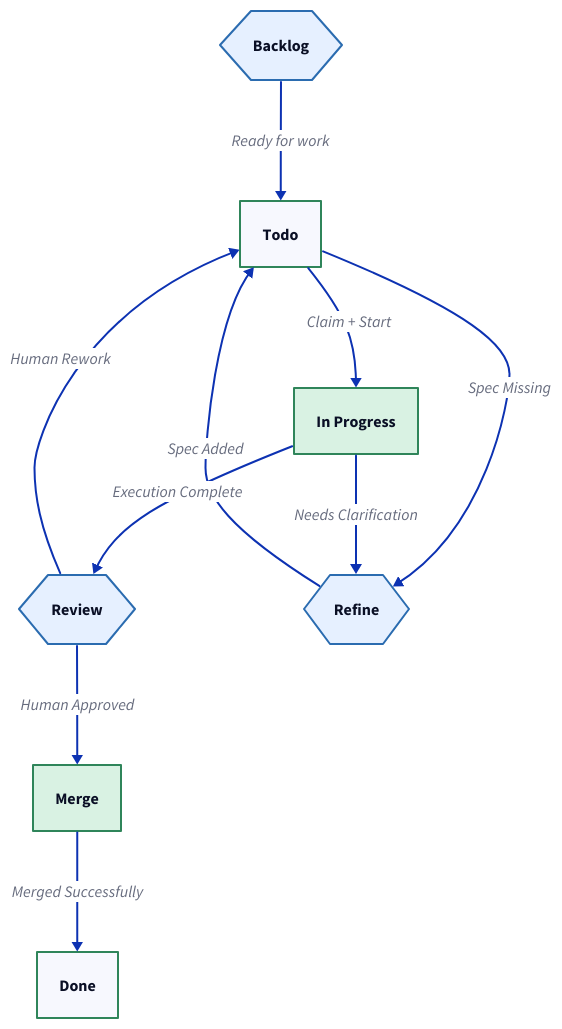
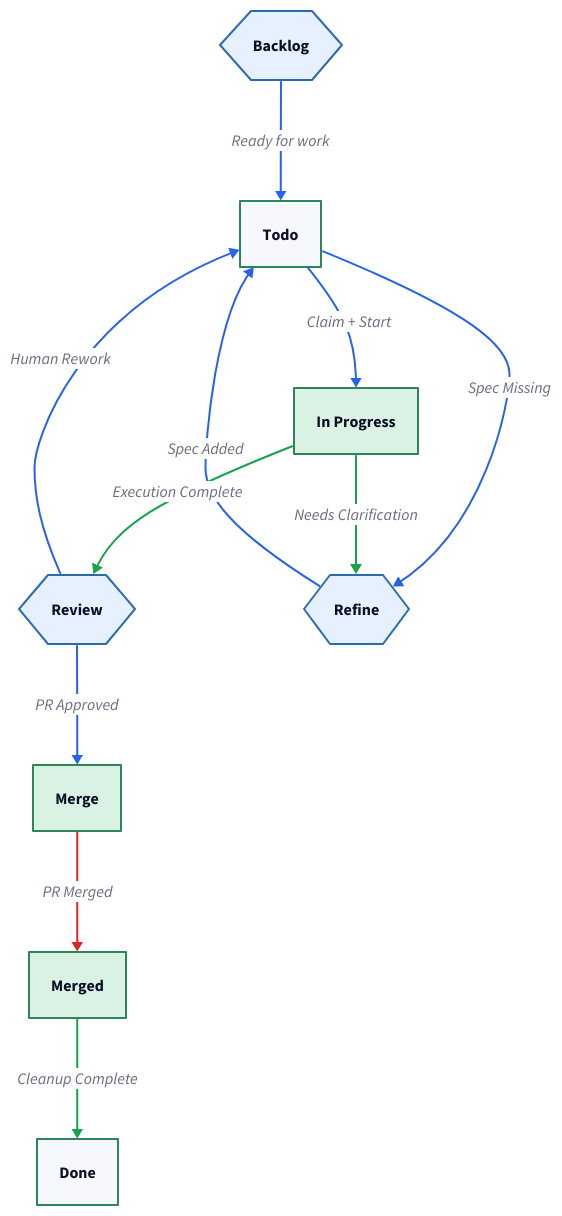
The diagram in docs/colin.d2 (pmenglund/colin), drawn with D2 before and after one commit. The commit also changed 30 other files, not shown here.

```diff
--- a/docs/colin.d2
+++ b/docs/colin.d2
@@ -1,75 +1,123 @@
 vars: {
   d2-config: {
     theme-overrides: {
       N7: "transparent"
     }
   }
 }
 
 direction: down
 
-backlog:{
+backlog: {
   label: Backlog
   shape: hexagon
   style: {
     fill: "#E6F0FF"
     stroke: "#2B6CB0"
   }
 }
-todo:{
+todo: {
   label: Todo
   style: {
     stroke: "#2F855A"
   }
 }
 review: {
   label: Review
   shape: hexagon
   style: {
     fill: "#E6F0FF"
     stroke: "#2B6CB0"
   }
 }
-in_progress:{
+in_progress: {
   label: In Progress
   style: {
     fill: "#D9F2E3"
     stroke: "#2F855A"
   }
 }
 refine: {
   label: Refine
   shape: hexagon
   style: {
     fill: "#E6F0FF"
     stroke: "#2B6CB0"
   }
 }
-merge:{
+merge: {
   label: Merge
   style: {
     fill: "#D9F2E3"
     stroke: "#2F855A"
   }
 }
-done:{
+merged: {
+  label: Merged
+  style: {
+    fill: "#D9F2E3"
+    stroke: "#2F855A"
+  }
+}
+done: {
   label: Done
   style: {
     stroke: "#2F855A"
   }
 }
 
-backlog -> todo: "Ready for work"
+backlog -> todo: "Ready for work" {
+  style: {
+    stroke: "#2563EB"
+  }
+}
 
-todo -> in_progress: "Claim + Start"
-todo -> refine: "Spec Missing"
+todo -> in_progress: "Claim + Start" {
+  style: {
+    stroke: "#2563EB"
+  }
+}
+todo -> refine: "Spec Missing" {
+  style: {
+    stroke: "#2563EB"
+  }
+}
 
-in_progress -> review: "Execution Complete"
-in_progress -> refine: "Needs Clarification"
+in_progress -> review: "Execution Complete" {
+  style: {
+    stroke: "#16A34A"
+  }
+}
+in_progress -> refine: "Needs Clarification" {
+  style: {
+    stroke: "#16A34A"
+  }
+}
 
-review -> todo: "Human Rework"
-review -> merge: "Human Approved"
+review -> todo: "Human Rework" {
+  style: {
+    stroke: "#2563EB"
+  }
+}
+review -> merge: "PR Approved" {
+  style: {
+    stroke: "#2563EB"
+  }
+}
 
-refine -> todo: "Spec Added"
+refine -> todo: "Spec Added" {
+  style: {
+    stroke: "#2563EB"
+  }
+}
 
-merge -> done: "Merged Successfully"
+merge -> merged: "PR Merged" {
+  style: {
+    stroke: "#DC2626"
+  }
+}
+merged -> done: "Cleanup Complete" {
+  style: {
+    stroke: "#16A34A"
+  }
+}
```
